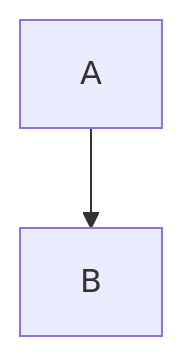
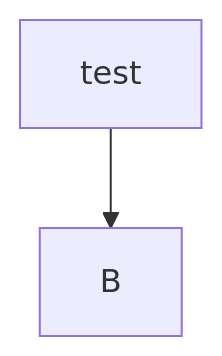
The diagram in fairness/feb-21.md (uva-responsibleai/fall-24), drawn with Mermaid before and after one commit.

Commit message:
fix to graph

````diff
--- a/fairness/feb-21.md
+++ b/fairness/feb-21.md
@@ -5,4 +5,4 @@
 ```mermaid
 flowchart TD;
-    A -->B;
+    A[test]-->B;
 ```
````
